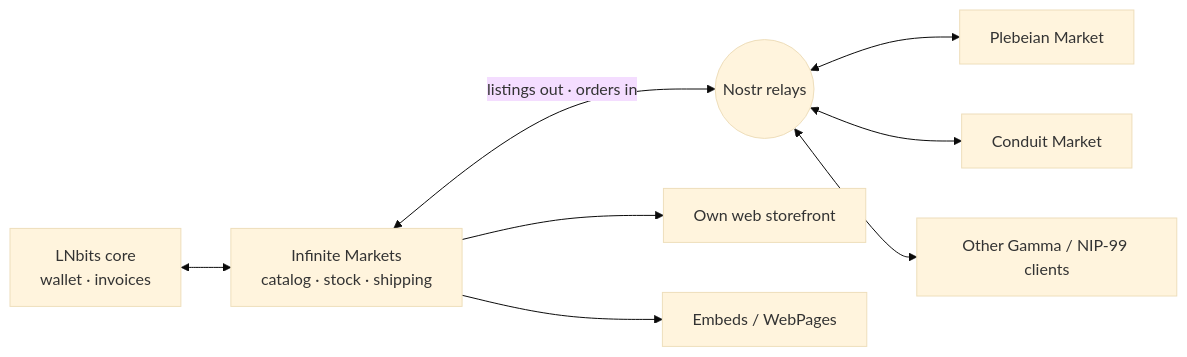
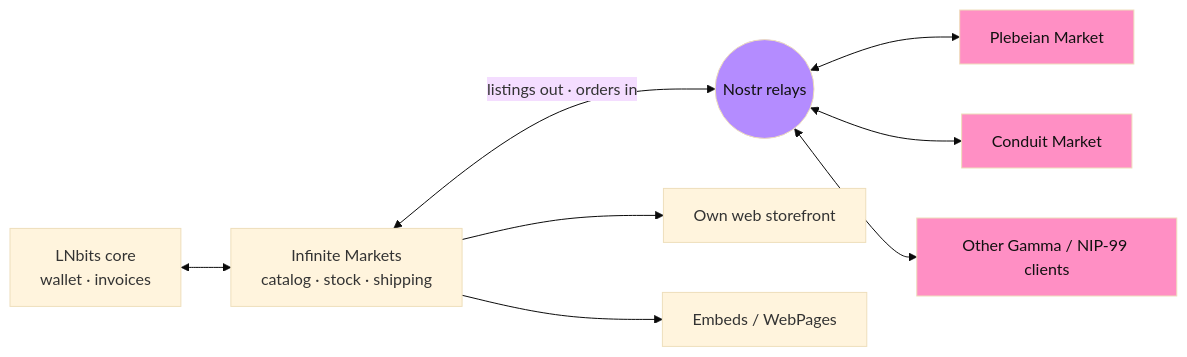
One commit to bitkarrot/infinitemarkets changed the fourth of 4 diagrams in docs/viewer/overview.md. Above: the diagram before and after it, drawn with Mermaid (base theme). The commit also changed 4 other files, not shown here.

First line of the commit message:
Make blue diagrams and callouts readable

````diff
--- a/docs/viewer/overview.md
+++ b/docs/viewer/overview.md
@@ -242,18 +242,22 @@
 ```mermaid
 flowchart LR
     LN[LNbits core<br/>wallet · invoices]
     IM[Infinite Markets<br/>catalog · stock · shipping]
     RL((Nostr relays))
     WEB[Own web storefront]
     EMB[Embeds / WebPages]
     PM[Plebeian Market]
     CM[Conduit Market]
     OT[Other Gamma / NIP-99 clients]
     LN <--> IM
     IM --> WEB
     IM --> EMB
     IM <-->|listings out · orders in| RL
     RL <--> PM
     RL <--> CM
     RL <--> OT
+    classDef relay fill:#b48cff,color:#111111
+    classDef market fill:#ff8fc4,color:#111111
+    class RL relay
+    class PM,CM,OT market
 ```
````
